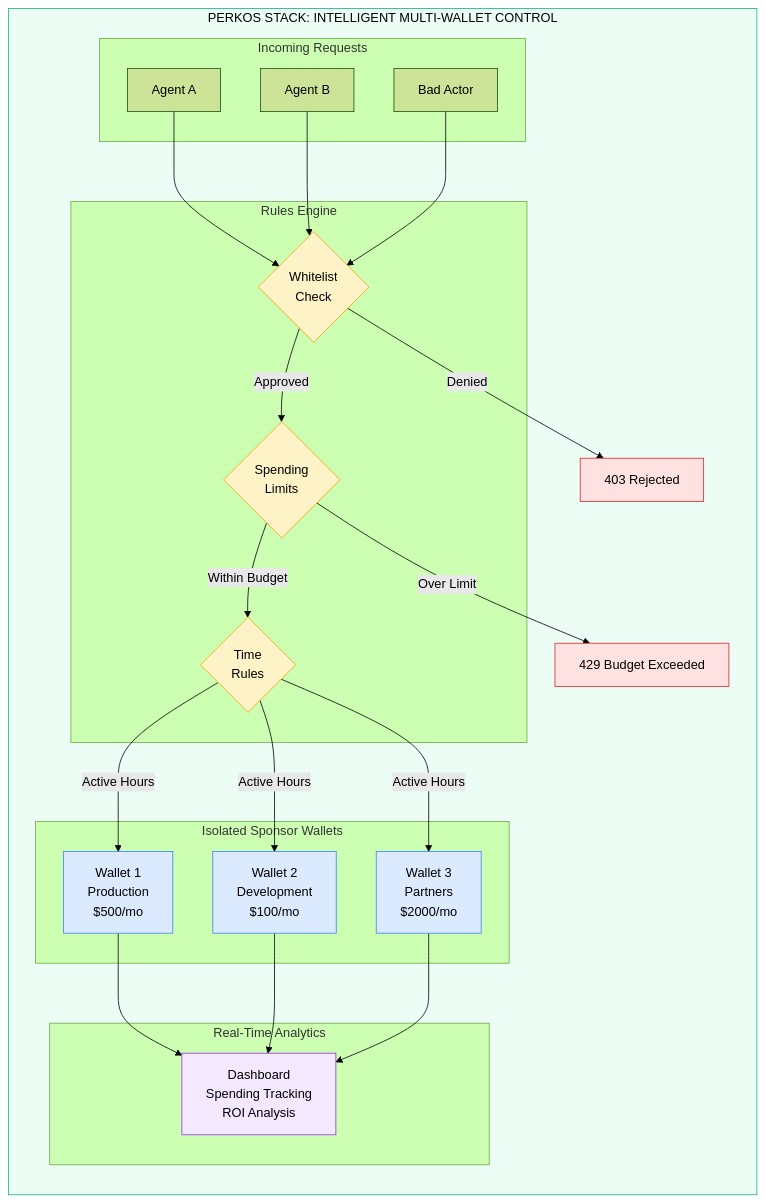
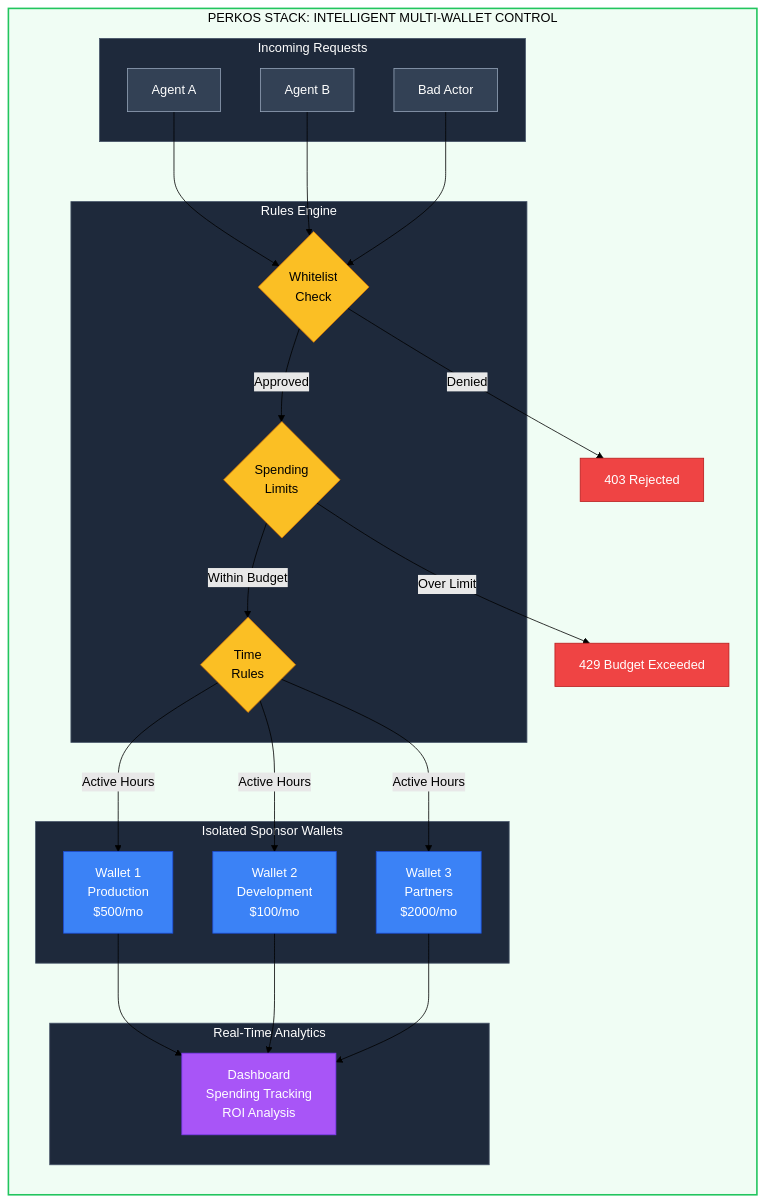
One commit to PerkOS-xyz/Stack changed the second of 10 diagrams in README.md. Above: the diagram before and after it, drawn with Mermaid (forest theme).

````diff
--- a/README.md
+++ b/README.md
@@ -62,57 +62,64 @@
 ```mermaid
 flowchart TB
     subgraph Solution["PERKOS STACK: INTELLIGENT MULTI-WALLET CONTROL"]
         direction TB
 
         subgraph Agents["Incoming Requests"]
             A1["Agent A"]
             A2["Agent B"]
             A3["Bad Actor"]
         end
 
         subgraph Rules["Rules Engine"]
             R1{"Whitelist<br/>Check"}
             R2{"Spending<br/>Limits"}
             R3{"Time<br/>Rules"}
         end
 
         subgraph Wallets["Isolated Sponsor Wallets"]
             W1["Wallet 1<br/>Production<br/>$500/mo"]
             W2["Wallet 2<br/>Development<br/>$100/mo"]
             W3["Wallet 3<br/>Partners<br/>$2000/mo"]
         end
 
         subgraph Analytics["Real-Time Analytics"]
             AN["Dashboard<br/>Spending Tracking<br/>ROI Analysis"]
         end
 
         A1 --> R1
         A2 --> R1
         A3 --> R1
 
         R1 -->|Approved| R2
         R1 -->|Denied| X1["403 Rejected"]
 
         R2 -->|Within Budget| R3
         R2 -->|Over Limit| X2["429 Budget Exceeded"]
 
         R3 -->|Active Hours| W1
         R3 -->|Active Hours| W2
         R3 -->|Active Hours| W3
 
         W1 --> AN
         W2 --> AN
         W3 --> AN
     end
 
-    style Solution fill:#ecfdf5,stroke:#10b981,color:#000
-    style R1 fill:#fef3c7,stroke:#f59e0b
-    style R2 fill:#fef3c7,stroke:#f59e0b
-    style R3 fill:#fef3c7,stroke:#f59e0b
-    style W1 fill:#dbeafe,stroke:#3b82f6
-    style W2 fill:#dbeafe,stroke:#3b82f6
-    style W3 fill:#dbeafe,stroke:#3b82f6
-    style X1 fill:#fee2e2,stroke:#dc2626
-    style X2 fill:#fee2e2,stroke:#dc2626
-    style AN fill:#f3e8ff,stroke:#9333ea
+    style Solution fill:#f0fdf4,stroke:#22c55e,stroke-width:2px,color:#000
+    style Agents fill:#1e293b,stroke:#475569,color:#fff
+    style Rules fill:#1e293b,stroke:#475569,color:#fff
+    style Wallets fill:#1e293b,stroke:#475569,color:#fff
+    style Analytics fill:#1e293b,stroke:#475569,color:#fff
+    style A1 fill:#334155,stroke:#94a3b8,color:#fff
+    style A2 fill:#334155,stroke:#94a3b8,color:#fff
+    style A3 fill:#334155,stroke:#94a3b8,color:#fff
+    style R1 fill:#fbbf24,stroke:#d97706,color:#000
+    style R2 fill:#fbbf24,stroke:#d97706,color:#000
+    style R3 fill:#fbbf24,stroke:#d97706,color:#000
+    style W1 fill:#3b82f6,stroke:#1d4ed8,color:#fff
+    style W2 fill:#3b82f6,stroke:#1d4ed8,color:#fff
+    style W3 fill:#3b82f6,stroke:#1d4ed8,color:#fff
+    style X1 fill:#ef4444,stroke:#b91c1c,color:#fff
+    style X2 fill:#ef4444,stroke:#b91c1c,color:#fff
+    style AN fill:#a855f7,stroke:#7c3aed,color:#fff
 ```
````
